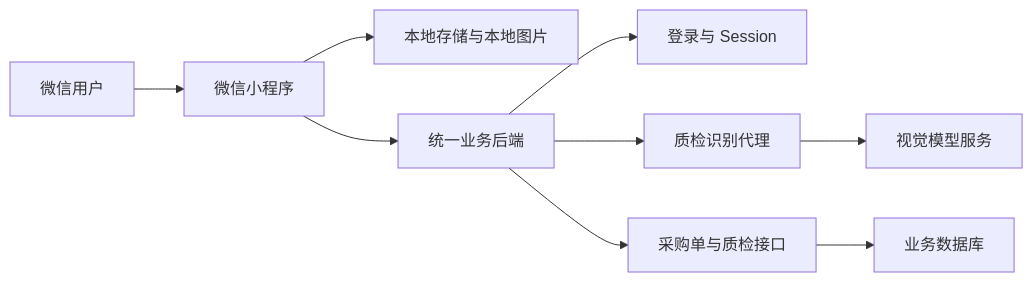
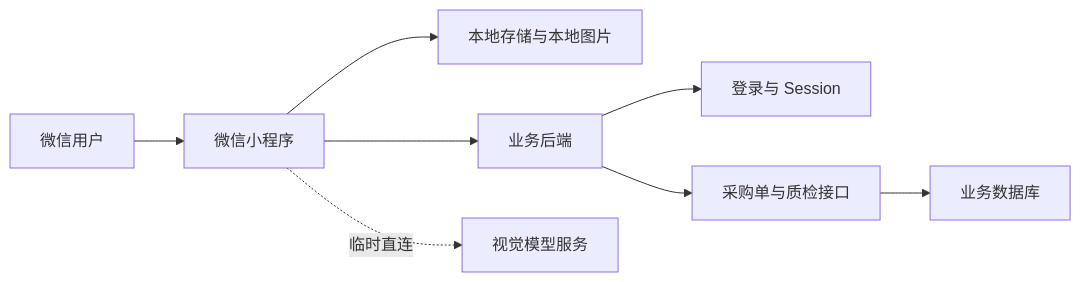
Before and after one commit to baishang-ui/wechat_upload: the diagram in README.md, drawn with Mermaid. The commit also changed other lines of this file and 7 other files, not shown here.

````diff
--- a/README.md
+++ b/README.md
@@ -55,11 +55,10 @@
 ```mermaid
 flowchart LR
   U["微信用户"] --> MP["微信小程序"]
   MP --> LS["本地存储与本地图片"]
-  MP --> API["统一业务后端"]
+  MP --> API["业务后端"]
   API --> AUTH["登录与 Session"]
-  API --> OCR["质检识别代理"]
-  OCR --> MODEL["视觉模型服务"]
   API --> QI["采购单与质检接口"]
   QI --> DB["业务数据库"]
+  MP -. "临时直连" .-> MODEL["视觉模型服务"]
 ```
````
